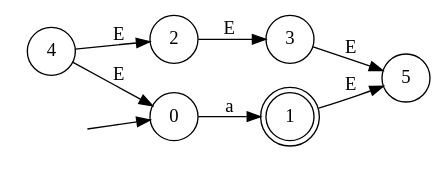
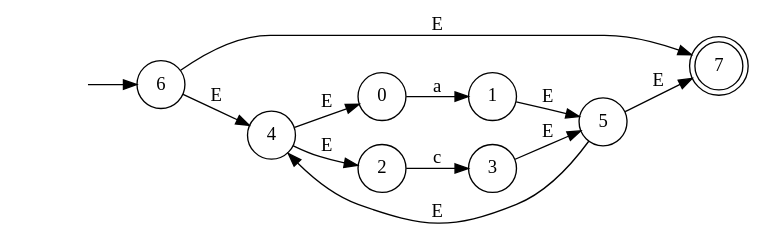
Before and after one commit to CrisLayB/ProgrammingLanguageDesign: the diagram in src/docs/automata.dot, drawn with Graphviz. The commit also changed 8 other files, not shown here.

```diff
--- a/src/docs/automata.dot
+++ b/src/docs/automata.dot
@@ -1,17 +1,21 @@
 digraph "Resultado Automata" {
 rankdir=LR size="8,5"
 node [shape=doublecircle]
-1
+7
 node [shape=circle]
-0
+6
 node [shape=none]
 ""
-""-> 0 [label=""]
+""-> 6 [label=""]
 node [shape=circle]
 0 -> 1[label="a"]
-2 -> 3[label="E"]
+2 -> 3[label="c"]
 4 -> 0[label="E"]
 4 -> 2[label="E"]
 1 -> 5[label="E"]
 3 -> 5[label="E"]
+5 -> 4[label="E"]
+6 -> 7[label="E"]
+6 -> 4[label="E"]
+5 -> 7[label="E"]
 }
```
